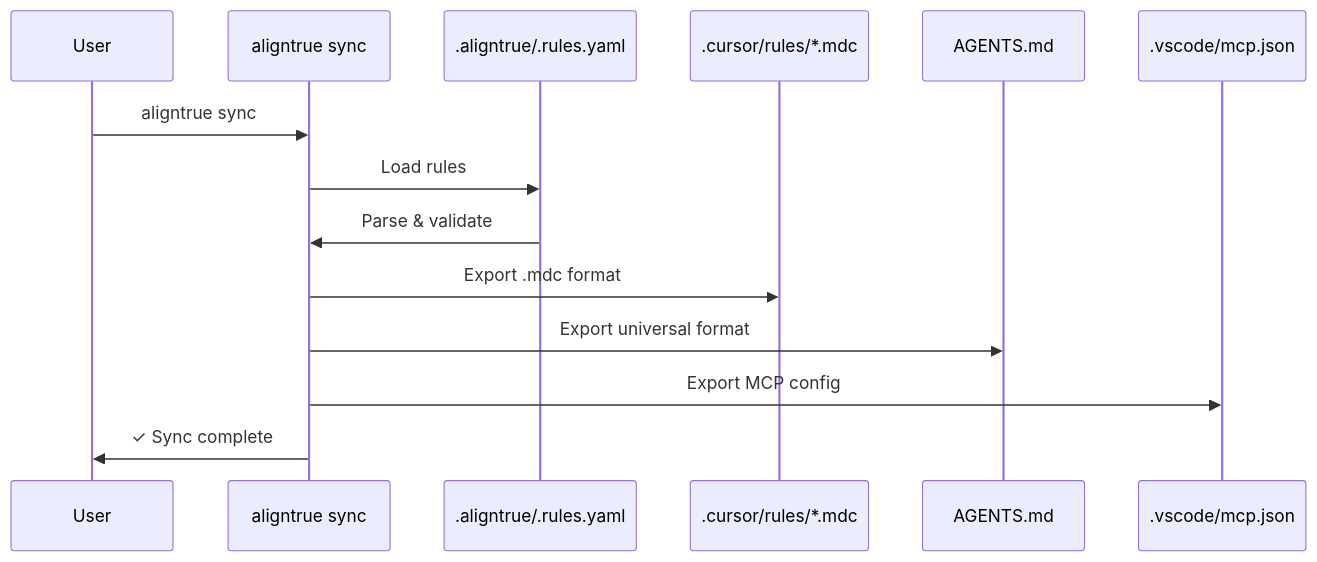
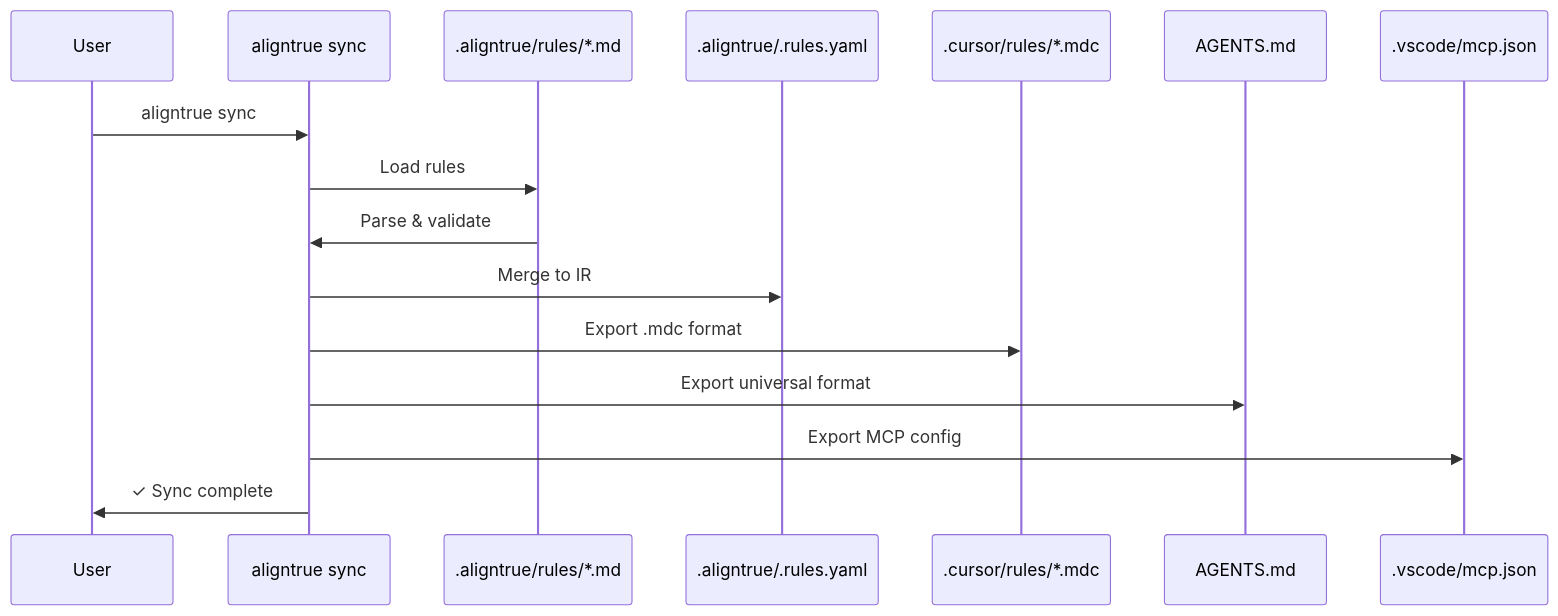
The diagram in apps/docs/content/03-concepts/sync-behavior.md (AlignTrue/aligntrue-sync), drawn with Mermaid before and after one commit. The commit also changed other lines of this file and 4 other files, not shown here.

````diff
--- a/apps/docs/content/03-concepts/sync-behavior.md
+++ b/apps/docs/content/03-concepts/sync-behavior.md
@@ -205,17 +186,19 @@
 ```mermaid
 sequenceDiagram
     participant User
     participant CLI as aligntrue sync
+    participant Rules as .aligntrue/rules/*.md
     participant IR as .aligntrue/.rules.yaml
     participant Cursor as .cursor/rules/*.mdc
     participant AGENTS as AGENTS.md
     participant MCP as .vscode/mcp.json
 
     User->>CLI: aligntrue sync
-    CLI->>IR: Load rules
-    IR->>CLI: Parse & validate
+    CLI->>Rules: Load rules
+    Rules->>CLI: Parse & validate
+    CLI->>IR: Merge to IR
     CLI->>Cursor: Export .mdc format
     CLI->>AGENTS: Export universal format
     CLI->>MCP: Export MCP config
     CLI->>User: ✓ Sync complete
 ```
````
